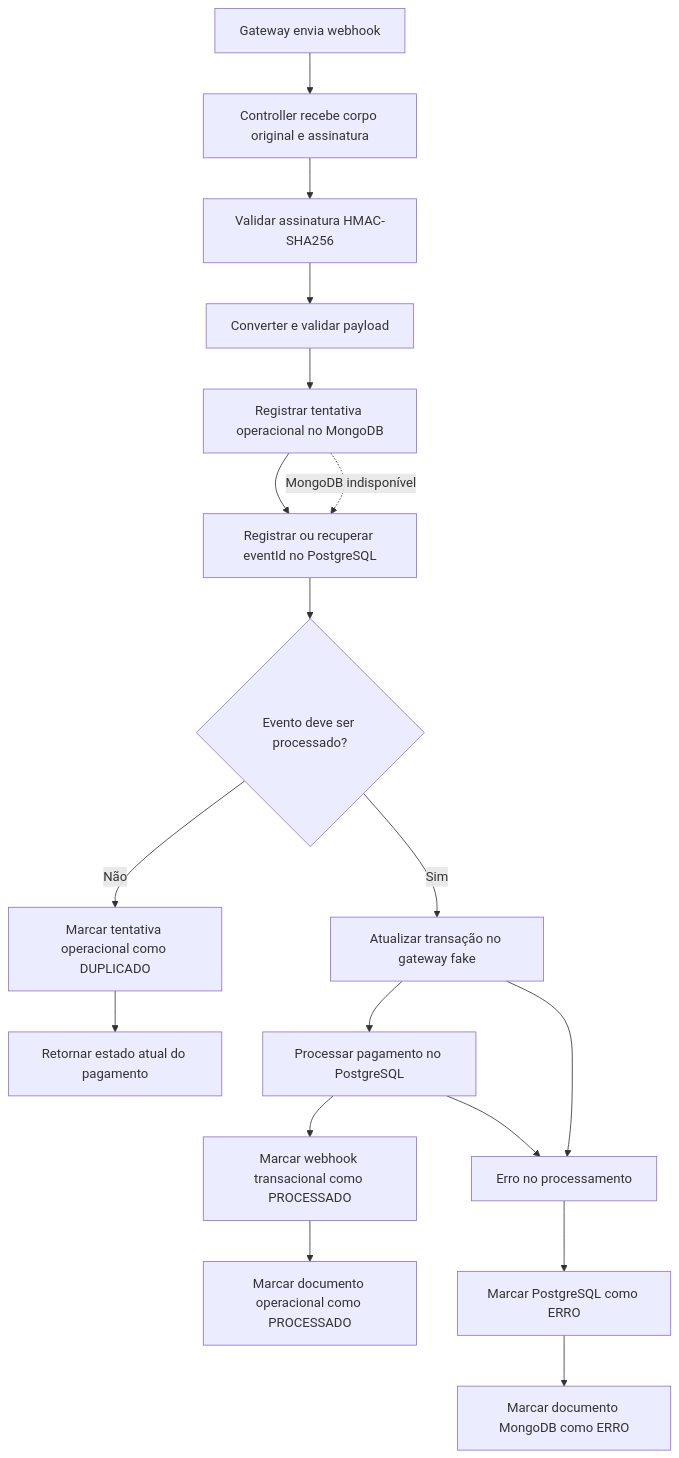
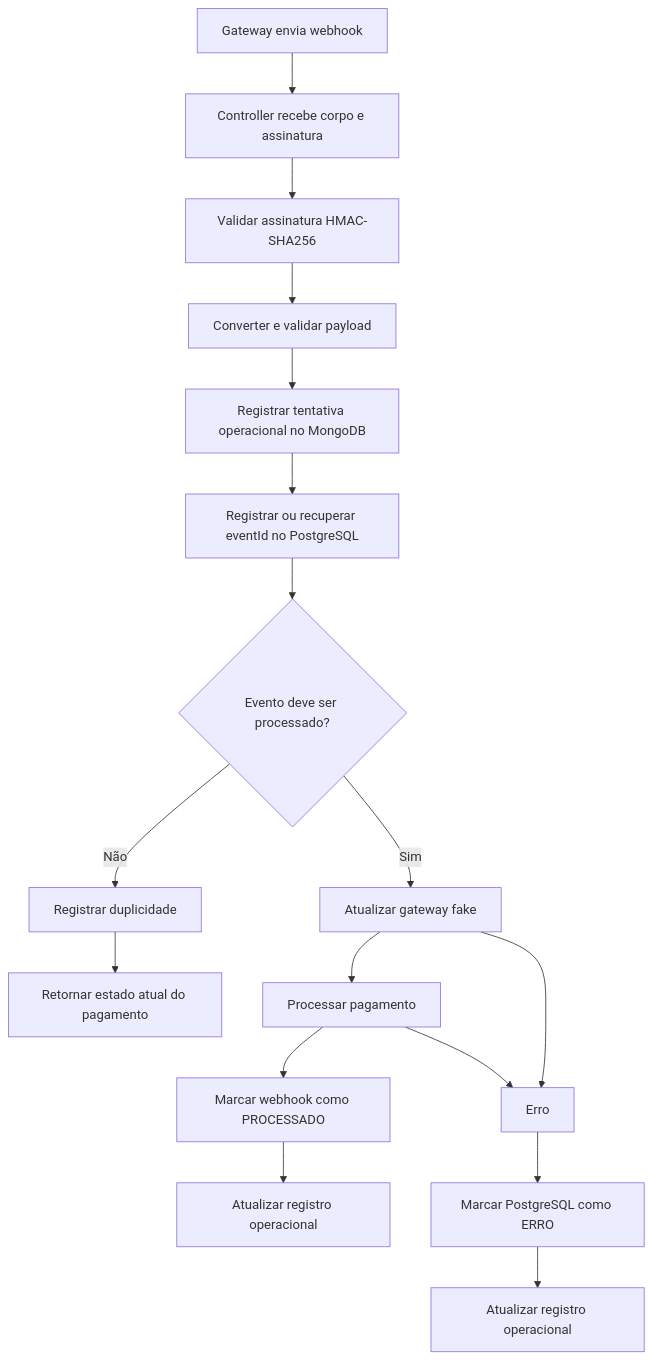
One commit to FilipeX97/api-de-pedidos changed the diagram in README.md. Above: the diagram before and after it, drawn with Mermaid. The commit also changed other lines of this file and 1 other file, not shown here.

````diff
--- a/README.md
+++ b/README.md
@@ -110,24 +163,22 @@
 ```mermaid
 flowchart TD
-    A[Gateway envia webhook] --> B[Controller recebe corpo original e assinatura]
+    A[Gateway envia webhook] --> B[Controller recebe corpo e assinatura]
     B --> C[Validar assinatura HMAC-SHA256]
     C --> D[Converter e validar payload]
     D --> E[Registrar tentativa operacional no MongoDB]
     E --> F[Registrar ou recuperar eventId no PostgreSQL]
     F --> G{Evento deve ser processado?}
 
-    G -- Não --> H[Marcar tentativa operacional como DUPLICADO]
+    G -- Não --> H[Registrar duplicidade]
     H --> I[Retornar estado atual do pagamento]
 
-    G -- Sim --> J[Atualizar transação no gateway fake]
-    J --> K[Processar pagamento no PostgreSQL]
-    K --> L[Marcar webhook transacional como PROCESSADO]
-    L --> M[Marcar documento operacional como PROCESSADO]
+    G -- Sim --> J[Atualizar gateway fake]
+    J --> K[Processar pagamento]
+    K --> L[Marcar webhook como PROCESSADO]
+    L --> M[Atualizar registro operacional]
 
-    J --> N[Erro no processamento]
+    J --> N[Erro]
     K --> N
     N --> O[Marcar PostgreSQL como ERRO]
-    O --> P[Marcar documento MongoDB como ERRO]
-
-    E -. MongoDB indisponível .-> F
+    O --> P[Atualizar registro operacional]
 ```
````
